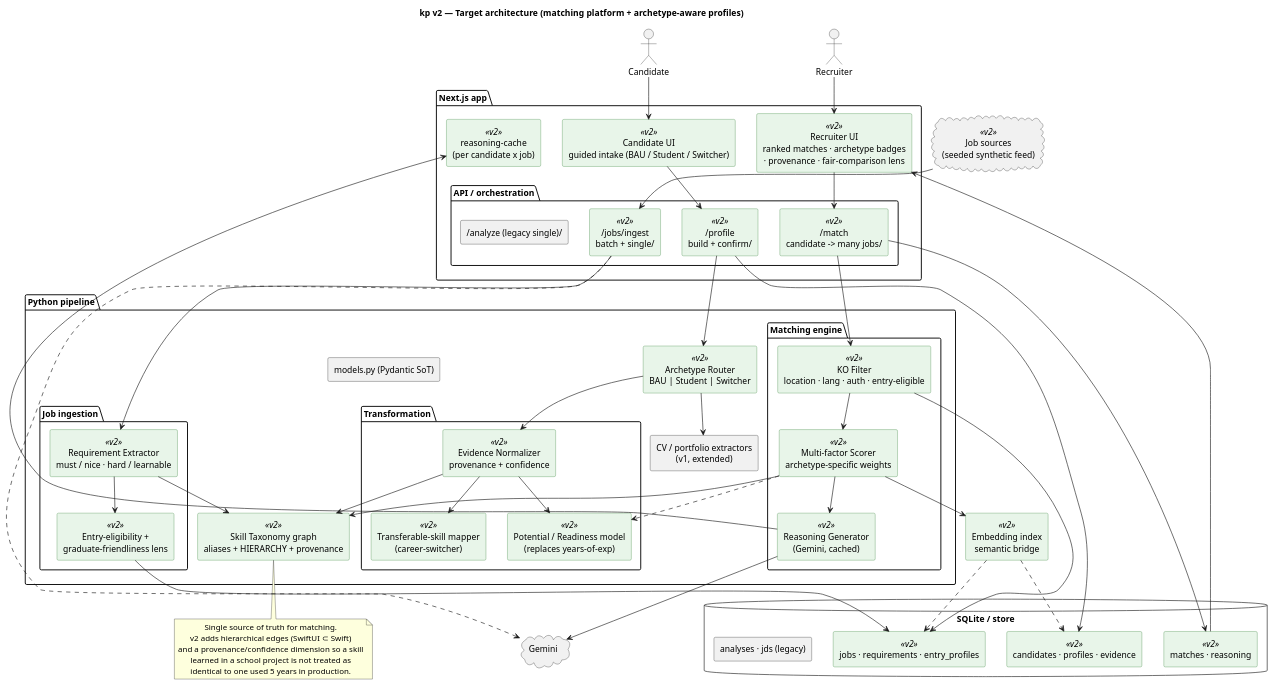
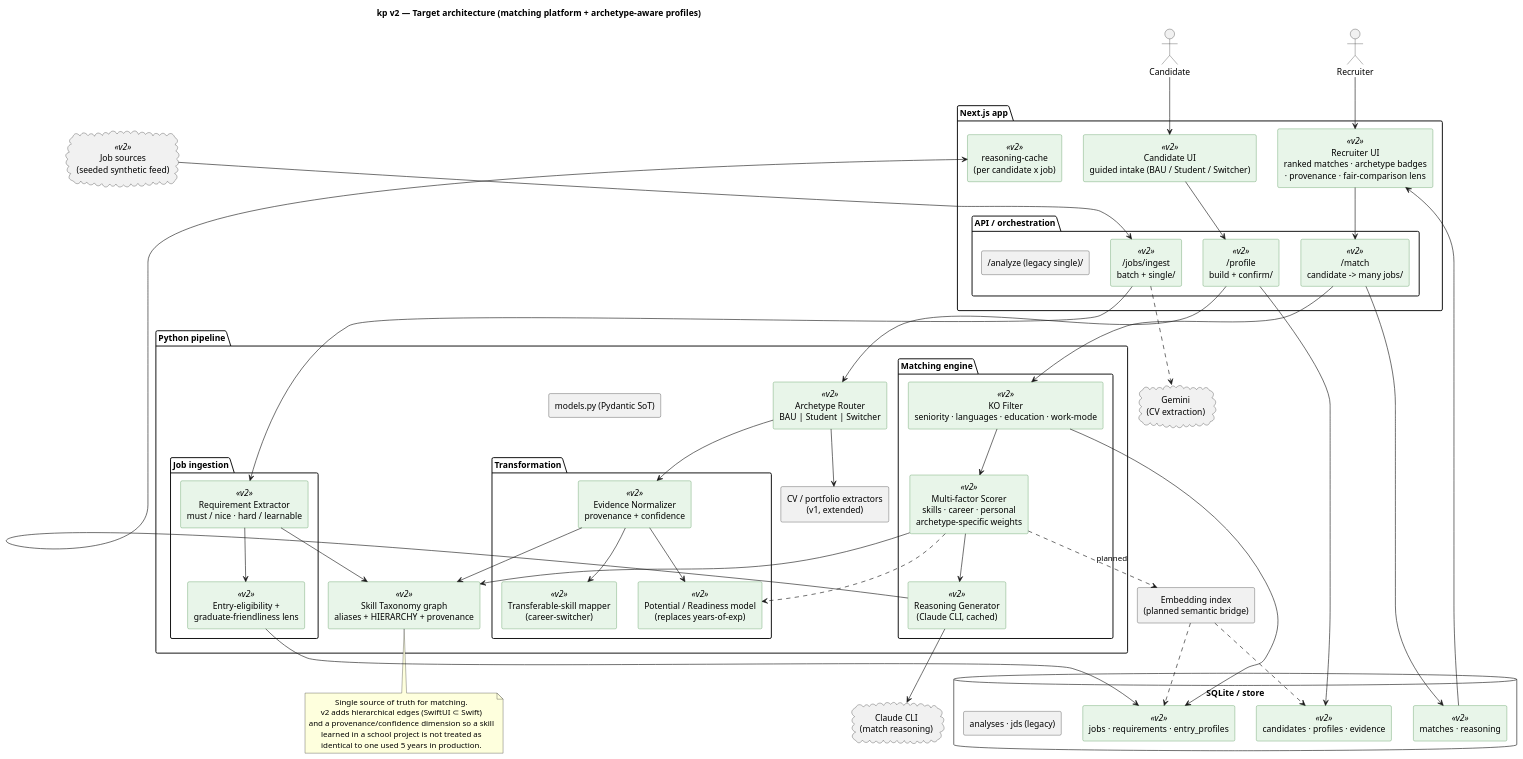
Before and after one commit to xkazm04/kp: the diagram in docs/diagrams/02-system-architecture-v2.puml, drawn with PlantUML. The commit also changed 212 other files, not shown here.

```diff
--- a/docs/diagrams/02-system-architecture-v2.puml
+++ b/docs/diagrams/02-system-architecture-v2.puml
@@ -1,109 +1,110 @@
 @startuml system-architecture-v2
 title kp v2 — Target architecture (matching platform + archetype-aware profiles)
 
 skinparam componentStyle rectangle
 skinparam shadowing false
 skinparam defaultTextAlignment center
 skinparam component {
   BackgroundColor<<v2>> #E8F5E9
   BorderColor<<v2>> #2E7D32
 }
 skinparam database {
   BackgroundColor<<v2>> #E8F5E9
   BorderColor<<v2>> #2E7D32
 }
 
 actor "Candidate" as cand
 actor "Recruiter" as rec
 
 package "Next.js app" {
   [Candidate UI\nguided intake (BAU / Student / Switcher)] <<v2>> as candui
   [Recruiter UI\nranked matches · archetype badges\n· provenance · fair-comparison lens] <<v2>> as recui
 
   package "API / orchestration" {
     [/match\ncandidate -> many jobs/] <<v2>> as apiMatch
     [/jobs/ingest\nbatch + single/] <<v2>> as apiIngest
     [/profile\nbuild + confirm/] <<v2>> as apiProfile
     [/analyze (legacy single)/] as apiAnalyze
   }
   [reasoning-cache\n(per candidate x job)] <<v2>> as rcache
 }
 
 package "Python pipeline" {
   [Archetype Router\nBAU | Student | Switcher] <<v2>> as router
   [CV / portfolio extractors\n(v1, extended)] as extract
 
   package "Job ingestion" {
     [Requirement Extractor\nmust / nice · hard / learnable] <<v2>> as reqext
     [Entry-eligibility +\ngraduate-friendliness lens] <<v2>> as entry
   }
 
   package "Transformation" {
     [Evidence Normalizer\nprovenance + confidence] <<v2>> as norm
     [Potential / Readiness model\n(replaces years-of-exp)] <<v2>> as pot
     [Transferable-skill mapper\n(career-switcher)] <<v2>> as transfer
   }
 
   package "Matching engine" {
-    [KO Filter\nlocation · lang · auth · entry-eligible] <<v2>> as ko
-    [Multi-factor Scorer\narchetype-specific weights] <<v2>> as scorer
-    [Reasoning Generator\n(Gemini, cached)] <<v2>> as reason
+    [KO Filter\nseniority · languages · education · work-mode] <<v2>> as ko
+    [Multi-factor Scorer\nskills · career · personal\narchetype-specific weights] <<v2>> as scorer
+    [Reasoning Generator\n(Claude CLI, cached)] <<v2>> as reason
   }
 
   [Skill Taxonomy graph\naliases + HIERARCHY + provenance] <<v2>> as taxo
   [models.py (Pydantic SoT)] as models
 }
 
 database "SQLite / store" {
   [candidates · profiles · evidence] <<v2>> as cstore
   [jobs · requirements · entry_profiles] <<v2>> as jstore
   [matches · reasoning] <<v2>> as mstore
   [analyses · jds (legacy)] as legacy
 }
-[Embedding index\nsemantic bridge] <<v2>> as embed
+[Embedding index\n(planned semantic bridge)] as embed
 
-cloud "Gemini" as gemini
+cloud "Gemini\n(CV extraction)" as gemini
+cloud "Claude CLI\n(match reasoning)" as claude
 cloud "Job sources\n(seeded synthetic feed)" <<v2>> as jobsrc
 
 cand --> candui
 candui --> apiProfile
 apiProfile --> router
 router --> extract
 router --> norm
 norm --> pot
 norm --> transfer
 norm --> taxo
 apiProfile --> cstore
 
 jobsrc --> apiIngest
 apiIngest --> reqext
 reqext --> entry
 reqext --> taxo
 entry --> jstore
 apiIngest ..> gemini
 
 rec --> recui
 recui --> apiMatch
 apiMatch --> ko
 ko --> jstore
 ko --> scorer
 scorer --> taxo
-scorer --> embed
+scorer ..> embed : planned
 scorer --> reason
-reason --> gemini
+reason --> claude
 reason --> rcache
 apiMatch --> mstore
 recui <-- mstore
 
 scorer ..> pot
 embed ..> cstore
 embed ..> jstore
 
 note bottom of taxo
   Single source of truth for matching.
   v2 adds hierarchical edges (SwiftUI ⊂ Swift)
   and a provenance/confidence dimension so a skill
   learned in a school project is not treated as
   identical to one used 5 years in production.
 end note
 @enduml
```
